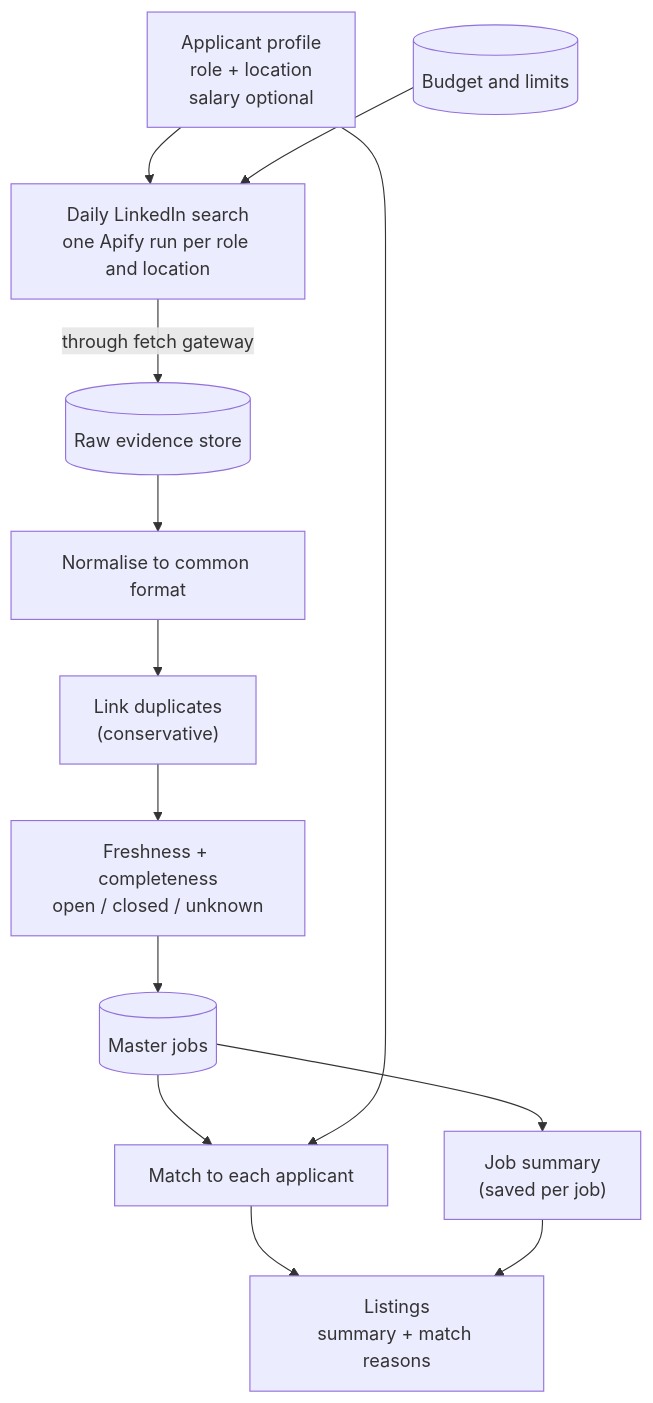
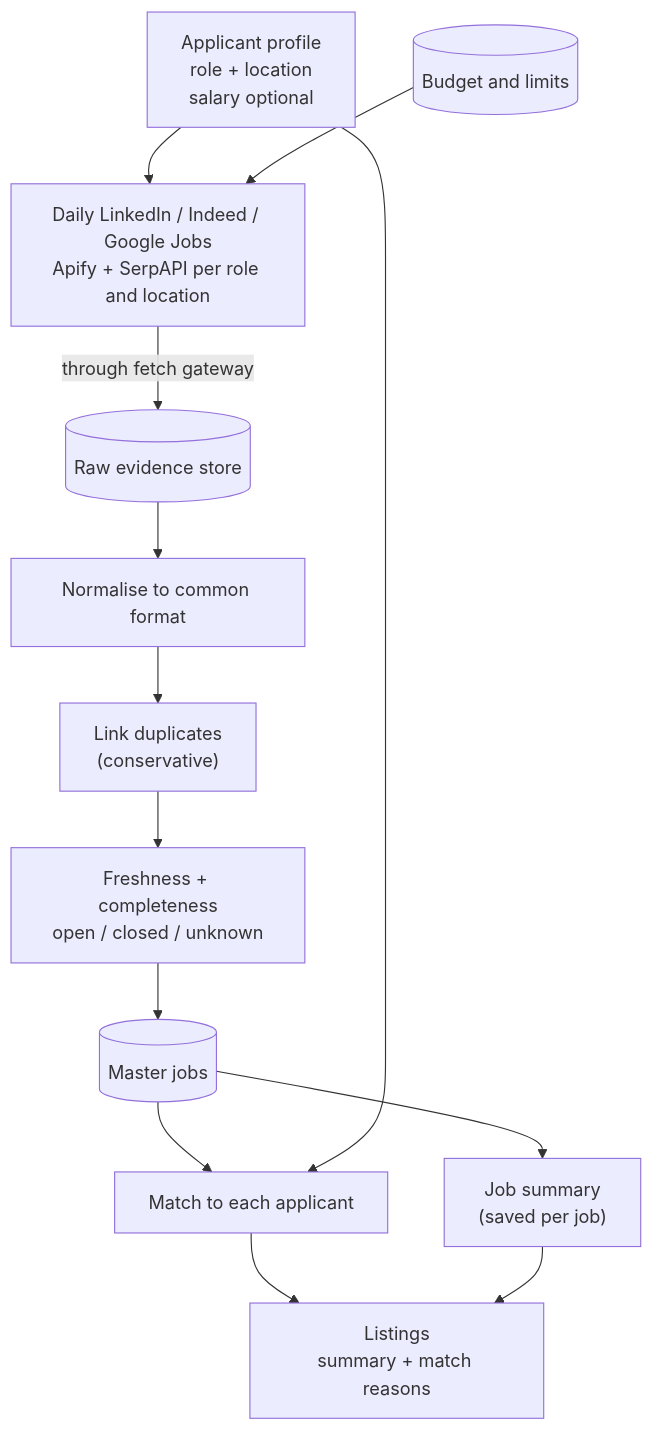
One commit to mohamedalsayed12/job-application-agent changed the diagram in MVP.md. Above: the diagram before and after it, drawn with Mermaid. The commit also changed other lines of this file and 19 other files, not shown here.

First line of the commit message:
feat: Google Jobs through SerpAPI (D71) and Resend mail backend

````diff
--- a/MVP.md
+++ b/MVP.md
@@ -65,15 +66,15 @@
 ```mermaid
 flowchart TD
-    A["Applicant profile<br/>role + location<br/>salary optional"] --> R["Daily LinkedIn search<br/>one Apify run per role and location"]
+    A["Applicant profile<br/>role + location<br/>salary optional"] --> R["Daily LinkedIn / Indeed / Google Jobs<br/>Apify + SerpAPI per role and location"]
     B[("Budget and limits")] --> R
     R -->|through fetch gateway| EV[("Raw evidence store")]
     EV --> N["Normalise to common format"]
     N --> DL["Link duplicates<br/>(conservative)"]
     DL --> F["Freshness + completeness<br/>open / closed / unknown"]
     F --> J[("Master jobs")]
     J --> MA["Match to each applicant"]
     A --> MA
     J --> SU["Job summary<br/>(saved per job)"]
     MA --> L["Listings<br/>summary + match reasons"]
     SU --> L
 ```
````
